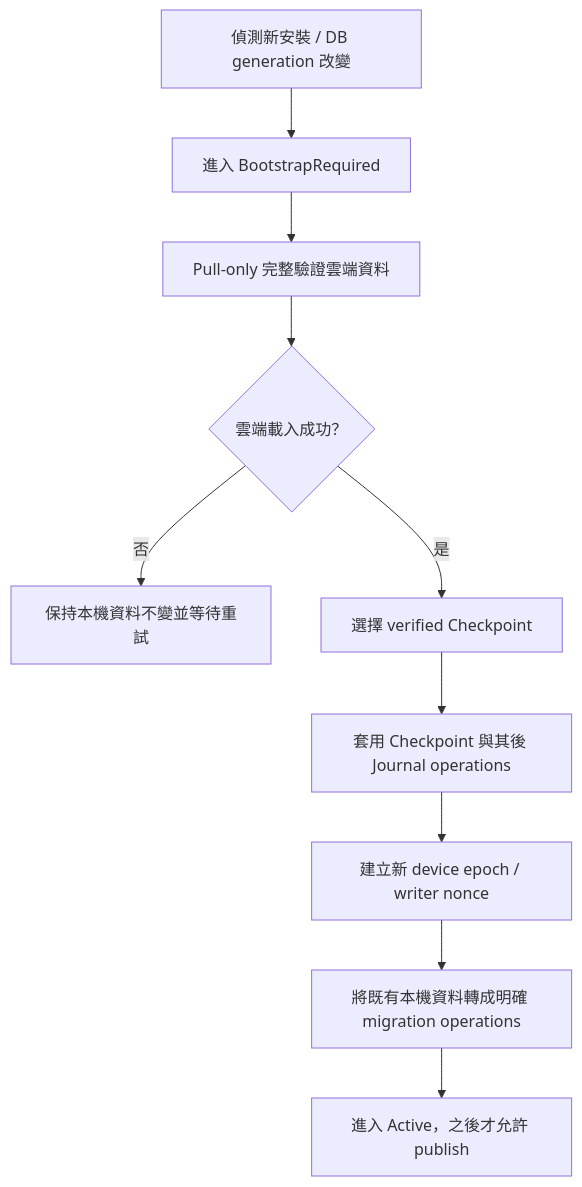
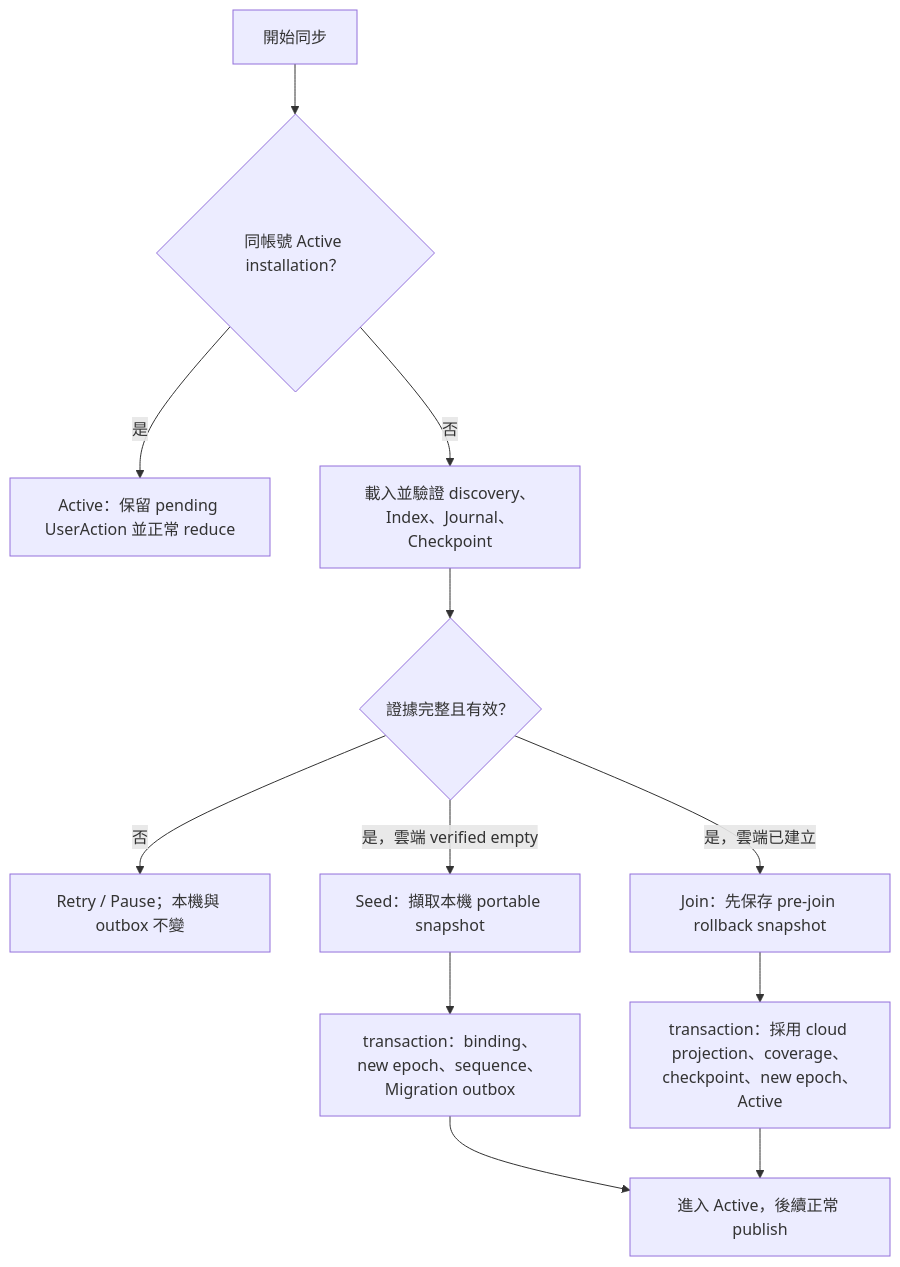
One commit to LittleSurvival/yamibo-app changed the fourth of 7 diagrams in dev-docs/app-sync-cloud-data-model.md. Above: the diagram before and after it, drawn with Mermaid. The commit also changed other lines of this file and 43 other files, not shown here.

````diff
--- a/dev-docs/app-sync-cloud-data-model.md
+++ b/dev-docs/app-sync-cloud-data-model.md
@@ -276,12 +315,14 @@
 ```mermaid
 flowchart TD
-    A["偵測新安裝 / DB generation 改變"] --> B["進入 BootstrapRequired"]
-    B --> C["Pull-only 完整驗證雲端資料"]
-    C --> D{"雲端載入成功？"}
-    D -- "否" --> E["保持本機資料不變並等待重試"]
-    D -- "是" --> F["選擇 verified Checkpoint"]
-    F --> G["套用 Checkpoint 與其後 Journal operations"]
-    G --> H["建立新 device epoch / writer nonce"]
-    H --> I["將既有本機資料轉成明確 migration operations"]
-    I --> J["進入 Active，之後才允許 publish"]
+    A["開始同步"] --> B{"同帳號 Active installation？"}
+    B -- "是" --> C["Active：保留 pending UserAction 並正常 reduce"]
+    B -- "否" --> D["載入並驗證 discovery、Index、Journal、Checkpoint"]
+    D --> E{"證據完整且有效？"}
+    E -- "否" --> F["Retry / Pause；本機與 outbox 不變"]
+    E -- "是，雲端 verified empty" --> G["Seed：擷取本機 portable snapshot"]
+    G --> H["transaction：binding、new epoch、sequence、Migration outbox"]
+    E -- "是，雲端已建立" --> I["Join：先保存 pre-join rollback snapshot"]
+    I --> J["transaction：採用 cloud projection、coverage、checkpoint、new epoch、Active"]
+    H --> K["進入 Active，後續正常 publish"]
+    J --> K
 ```
````
